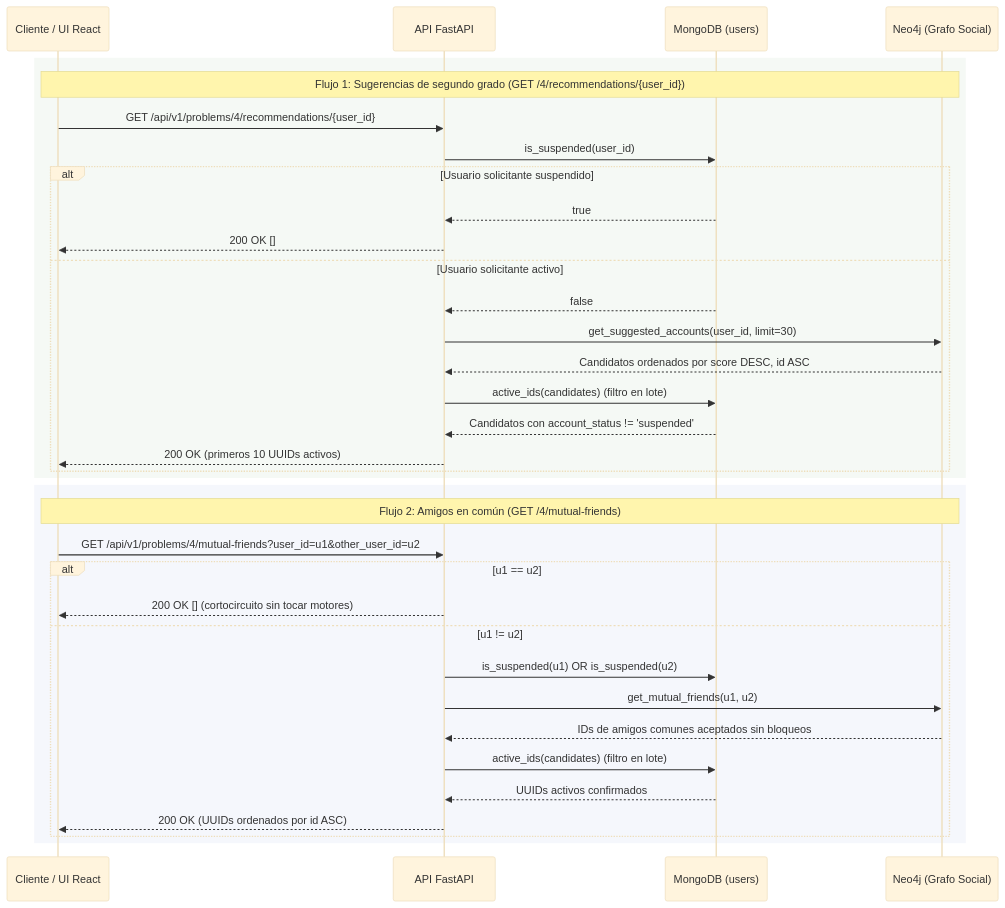
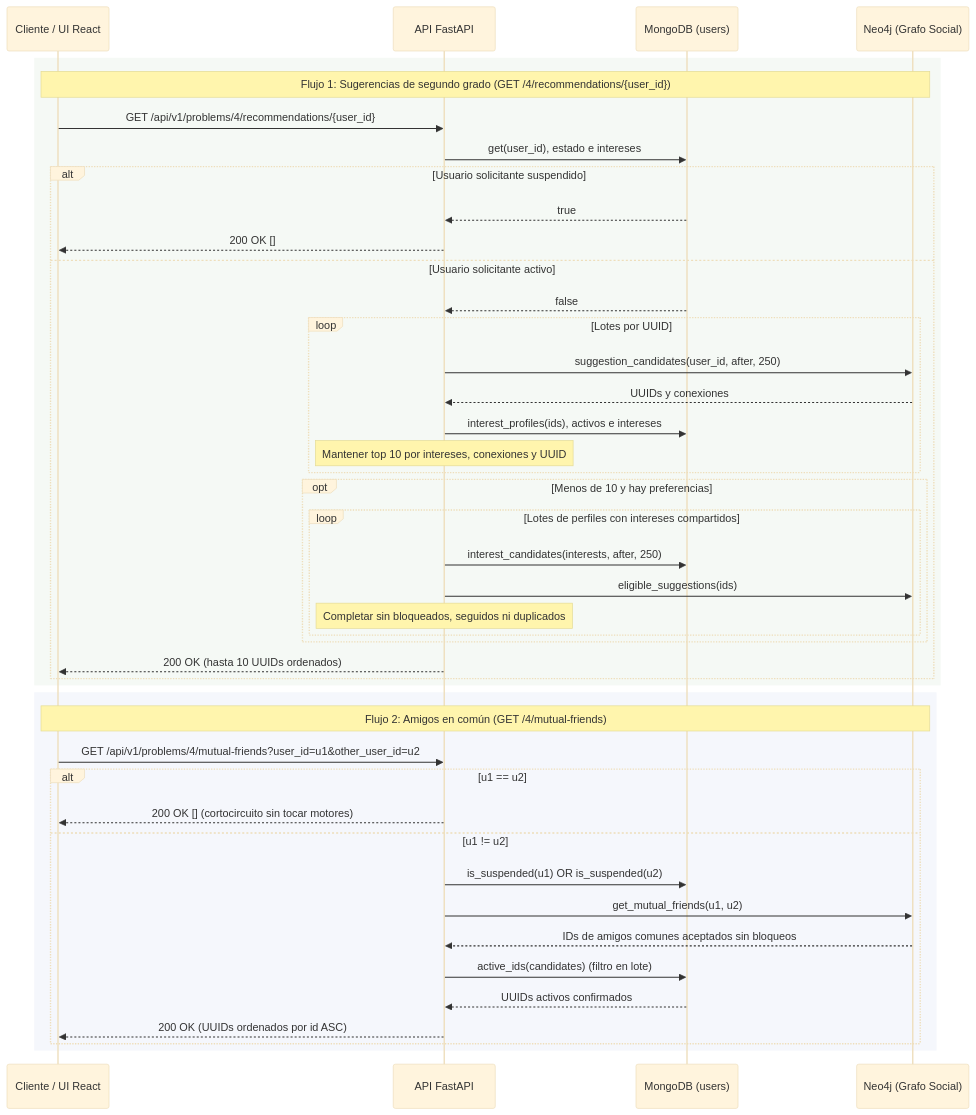
Before and after one commit to LautaroGiordanoUade/ING_DATOS_2_TPO: the diagram in docs/problems/problem_04.md, drawn with Mermaid (base theme). The commit also changed other lines of this file and 27 other files, not shown here.

Commit message:
Completar P4 con intereses de perfil y sugerencias combinadas

````diff
--- a/docs/problems/problem_04.md
+++ b/docs/problems/problem_04.md
@@ -24,39 +53,48 @@
 ```mermaid
 sequenceDiagram
     participant C as Cliente / UI React
     participant A as API FastAPI
     participant M as MongoDB (users)
     participant N as Neo4j (Grafo Social)
 
     rect rgb(245, 249, 245)
         Note over C,N: Flujo 1: Sugerencias de segundo grado (GET /4/recommendations/{user_id})
         C->>A: GET /api/v1/problems/4/recommendations/{user_id}
-        A->>M: is_suspended(user_id)
+        A->>M: get(user_id), estado e intereses
         alt Usuario solicitante suspendido
             M-->>A: true
             A-->>C: 200 OK []
         else Usuario solicitante activo
             M-->>A: false
-            A->>N: get_suggested_accounts(user_id, limit=30)
-            N-->>A: Candidatos ordenados por score DESC, id ASC
-            A->>M: active_ids(candidates) (filtro en lote)
-            M-->>A: Candidatos con account_status != 'suspended'
-            A-->>C: 200 OK (primeros 10 UUIDs activos)
+            loop Lotes por UUID
+                A->>N: suggestion_candidates(user_id, after, 250)
+                N-->>A: UUIDs y conexiones
+                A->>M: interest_profiles(ids), activos e intereses
+                Note over A: Mantener top 10 por intereses, conexiones y UUID
+            end
+            opt Menos de 10 y hay preferencias
+                loop Lotes de perfiles con intereses compartidos
+                    A->>M: interest_candidates(interests, after, 250)
+                    A->>N: eligible_suggestions(ids)
+                    Note over A: Completar sin bloqueados, seguidos ni duplicados
+                end
+            end
+            A-->>C: 200 OK (hasta 10 UUIDs ordenados)
         end
     end
 
     rect rgb(245, 247, 252)
         Note over C,N: Flujo 2: Amigos en común (GET /4/mutual-friends)
         C->>A: GET /api/v1/problems/4/mutual-friends?user_id=u1&other_user_id=u2
         alt u1 == u2
             A-->>C: 200 OK [] (cortocircuito sin tocar motores)
         else u1 != u2
             A->>M: is_suspended(u1) OR is_suspended(u2)
             A->>N: get_mutual_friends(u1, u2)
             N-->>A: IDs de amigos comunes aceptados sin bloqueos
             A->>M: active_ids(candidates) (filtro en lote)
             M-->>A: UUIDs activos confirmados
             A-->>C: 200 OK (UUIDs ordenados por id ASC)
         end
     end
 ```
````
